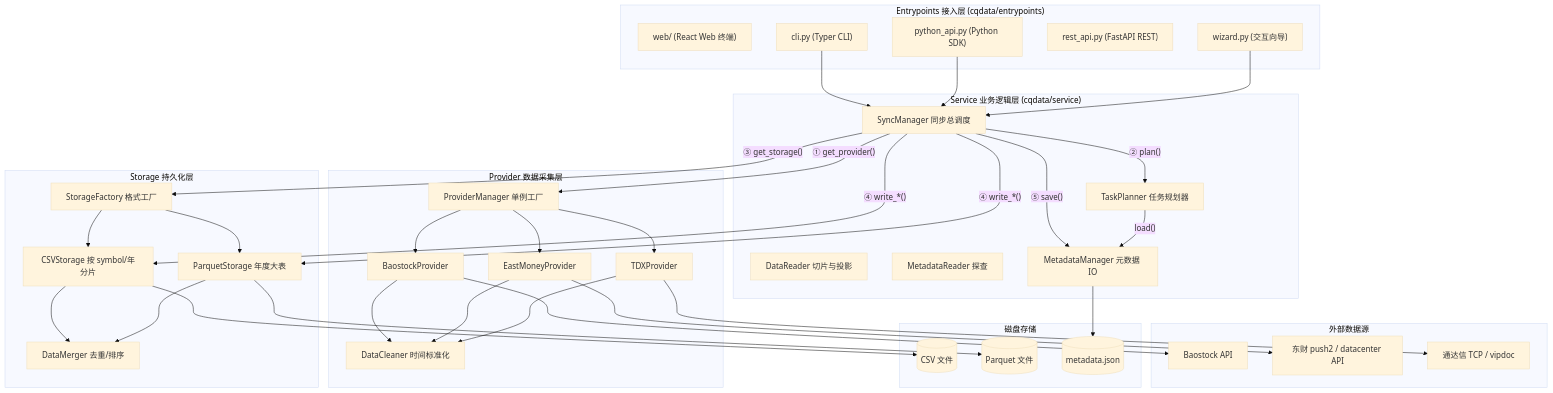
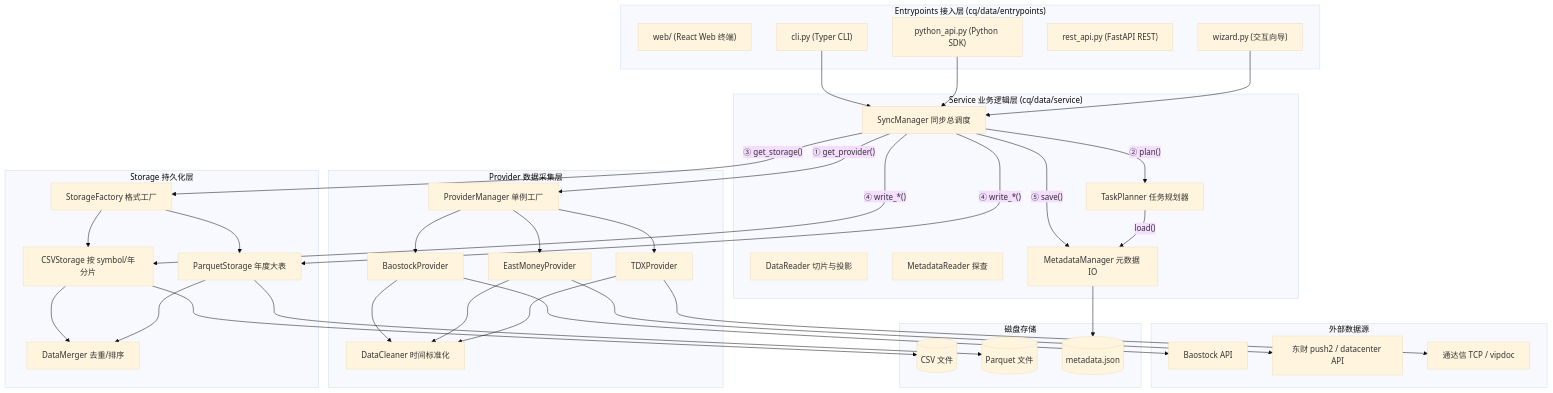
Before and after one commit to CRThu/CarrotQuant.Data: the diagram in AGENTS.md, drawn with Mermaid (base theme). The commit also changed other lines of this file and 98 other files, not shown here.

````diff
--- a/AGENTS.md
+++ b/AGENTS.md
@@ -57,69 +58,69 @@
 ```mermaid
 graph TB
-    subgraph Entrypoints["Entrypoints 接入层 (cqdata/entrypoints)"]
+    subgraph Entrypoints["Entrypoints 接入层 (cq/data/entrypoints)"]
         WEB["web/ (React Web 终端)"]
         PYTHON_API["python_api.py (Python SDK)"]
         CLI["cli.py (Typer CLI)"]
         REST["rest_api.py (FastAPI REST)"]
         WIZARD["wizard.py (交互向导)"]
     end
 
-    subgraph Service["Service 业务逻辑层 (cqdata/service)"]
+    subgraph Service["Service 业务逻辑层 (cq/data/service)"]
         SM["SyncManager 同步总调度"]
         DR["DataReader 切片与投影"]
         MR["MetadataReader 探查"]
         TP["TaskPlanner 任务规划器"]
         MM["MetadataManager 元数据 IO"]
     end
 
     subgraph Provider["Provider 数据采集层"]
         PM["ProviderManager 单例工厂"]
         BP["BaostockProvider"]
         EP["EastMoneyProvider"]
         TP_DRV["TDXProvider"]
         DC["DataCleaner 时间标准化"]
     end
 
     subgraph Storage["Storage 持久化层"]
         SF["StorageFactory 格式工厂"]
         CSV["CSVStorage 按 symbol/年分片"]
         PQ["ParquetStorage 年度大表"]
         DM["DataMerger 去重/排序"]
     end
 
     subgraph External["外部数据源"]
         BAOSTOCK["Baostock API"]
         EASTMONEY["东财 push2 / datacenter API"]
         TDX["通达信 TCP / vipdoc"]
     end
 
     subgraph Disk["磁盘存储"]
         CSV_FILES[("CSV 文件")]
         PQ_FILES[("Parquet 文件")]
         META[("metadata.json")]
     end
 
     CLI --> SM
     PYTHON_API --> SM
     WIZARD --> SM
 
     SM -->|"① get_provider()"| PM
     SM -->|"② plan()"| TP
     SM -->|"③ get_storage()"| SF
     SM -->|"④ write_*()"| CSV
     SM -->|"④ write_*()"| PQ
     SM -->|"⑤ save()"| MM
 
     TP -->|"load()"| MM
     PM --> BP & EP & TP_DRV
     BP --> BAOSTOCK
     EP --> EASTMONEY
     TP_DRV --> TDX
     BP & EP & TP_DRV --> DC
 
     SF --> CSV & PQ
     CSV & PQ --> DM
     CSV --> CSV_FILES
     PQ --> PQ_FILES
     MM --> META
 ```
````
